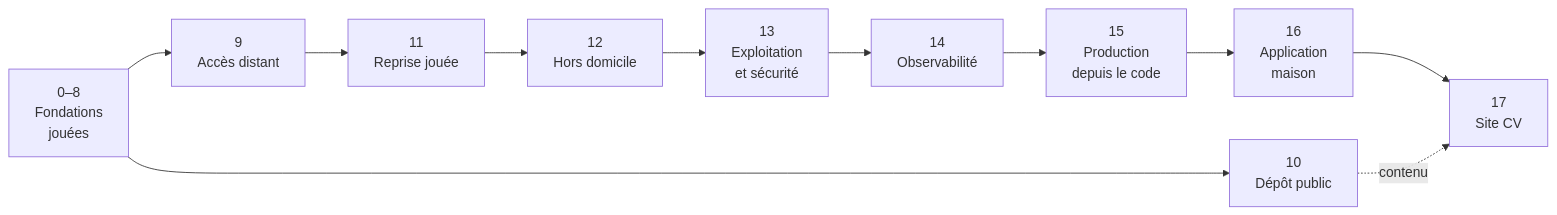
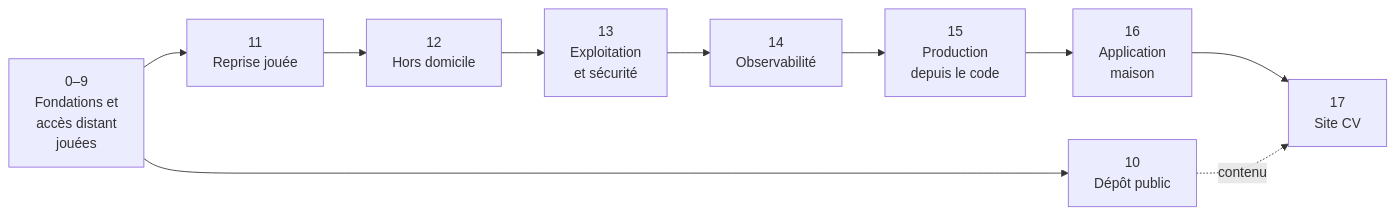
Before and after one commit to TLGitDev/homelab-public: the diagram in docs/FeuilleDeRoute.md, drawn with Mermaid. The commit also changed other lines of this file and 1 other file, not shown here.

First line of the commit message:
Feuille de route : phase 9 jouée

````diff
--- a/docs/FeuilleDeRoute.md
+++ b/docs/FeuilleDeRoute.md
@@ -37,13 +37,12 @@
 ```mermaid
 flowchart LR
-    P0["0–8<br/>Fondations<br/>jouées"] --> P9["9<br/>Accès distant"]
+    P0["0–9<br/>Fondations et<br/>accès distant<br/>jouées"] --> P11["11<br/>Reprise jouée"]
     P0 --> P10["10<br/>Dépôt public"]
-    P9 --> P11["11<br/>Reprise jouée"]
     P11 --> P12["12<br/>Hors domicile"]
     P12 --> P13["13<br/>Exploitation<br/>et sécurité"]
     P13 --> P14["14<br/>Observabilité"]
     P14 --> P15["15<br/>Production<br/>depuis le code"]
     P15 --> P16["16<br/>Application<br/>maison"]
     P16 --> P17["17<br/>Site CV"]
     P10 -.->|"contenu"| P17
 ```
````
